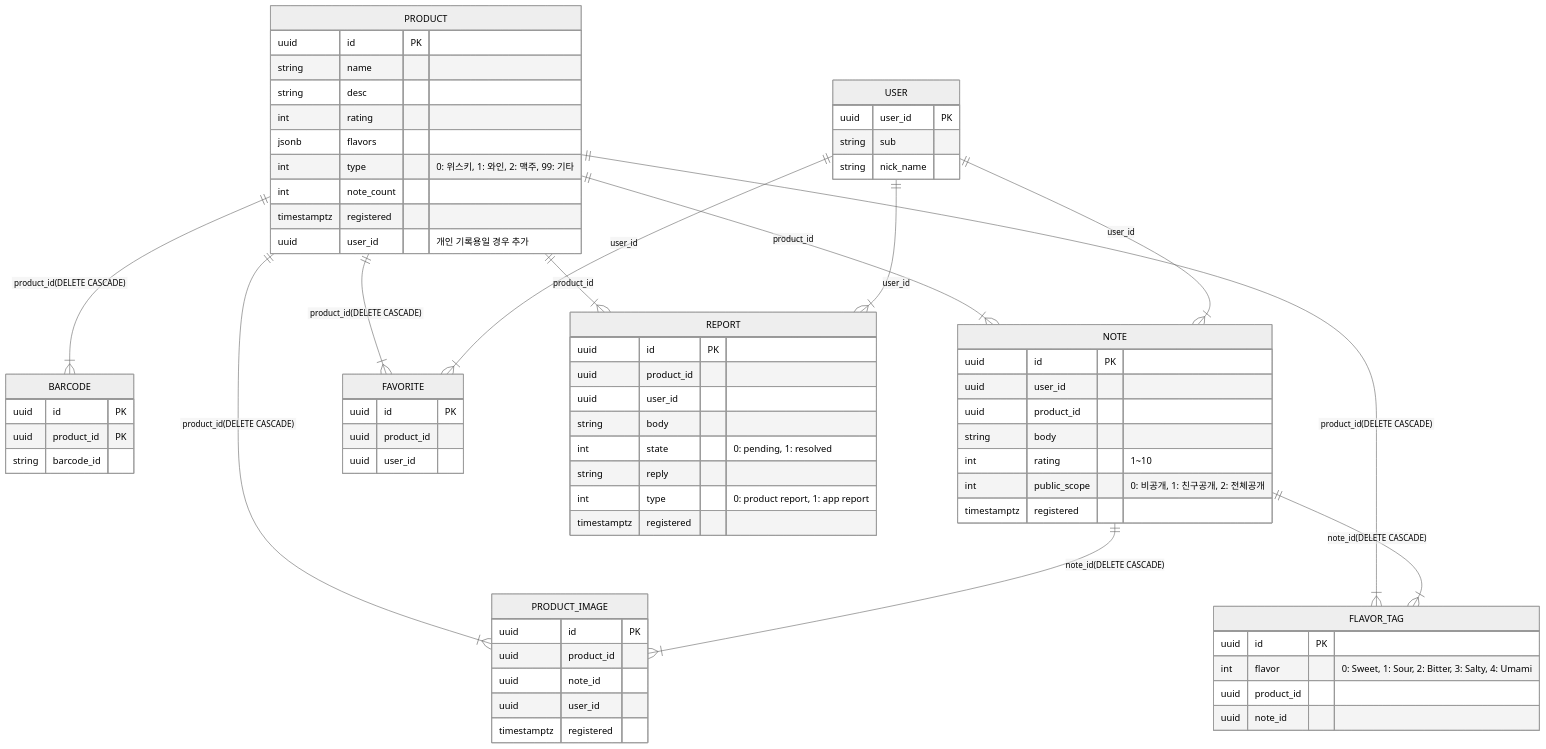
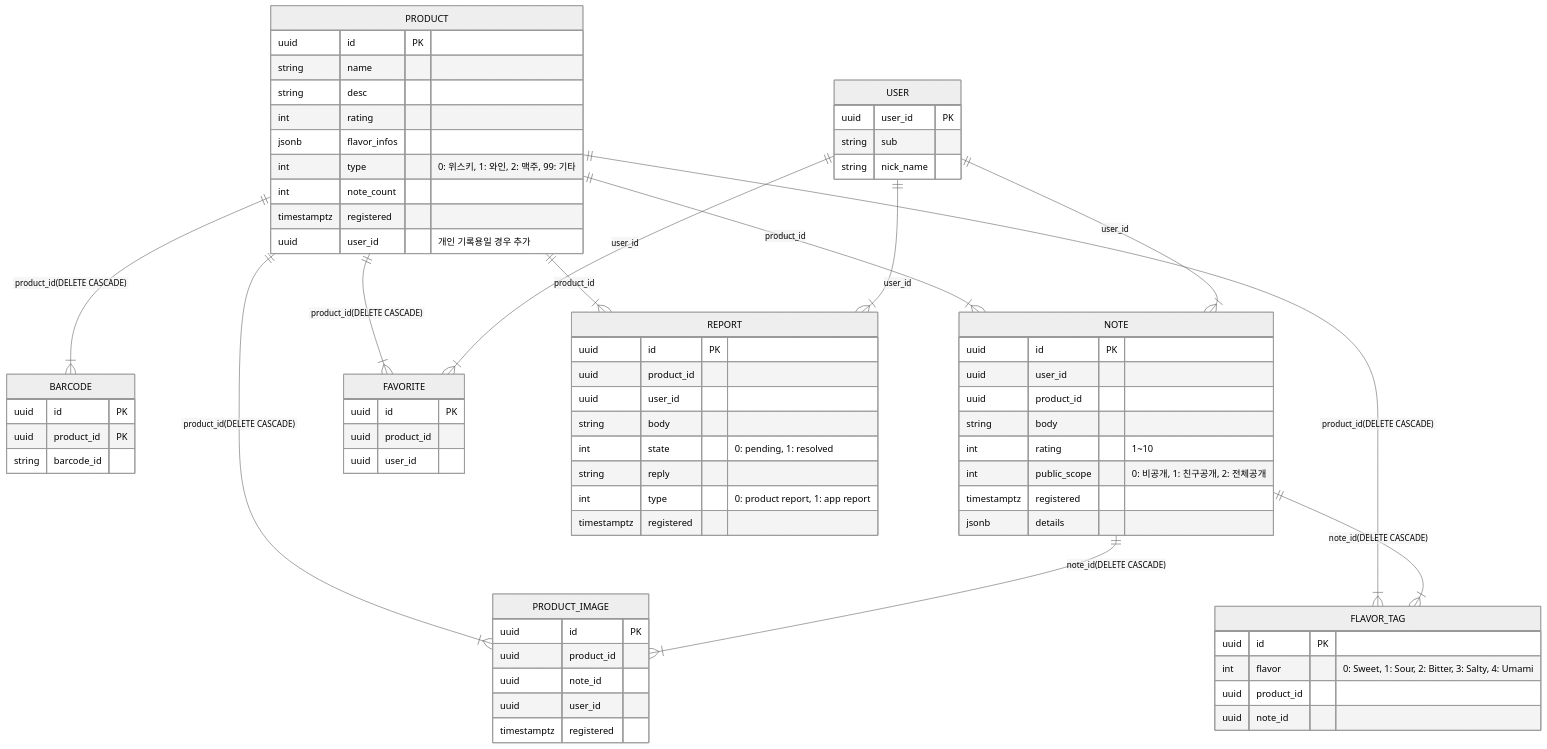
The diagram in BTN/2. ERD.md (haze5959/myMassCode), drawn with Mermaid (neutral theme) before and after one commit. The commit also changed 2 other files, not shown here.

```diff
--- a/BTN/2. ERD.md
+++ b/BTN/2. ERD.md
@@ -19,7 +19,7 @@
         string name
 		string desc
         int rating 
-        jsonb flavors
+        jsonb flavor_infos
         int type "0: 위스키, 1: 와인, 2: 맥주, 99: 기타"
         int note_count
         timestamptz registered
@@ -40,6 +40,7 @@
         int rating "1~10"
         int public_scope "0: 비공개, 1: 친구공개, 2: 전체공개"
         timestamptz registered
+        jsonb details
     }
     
     USER {
```
